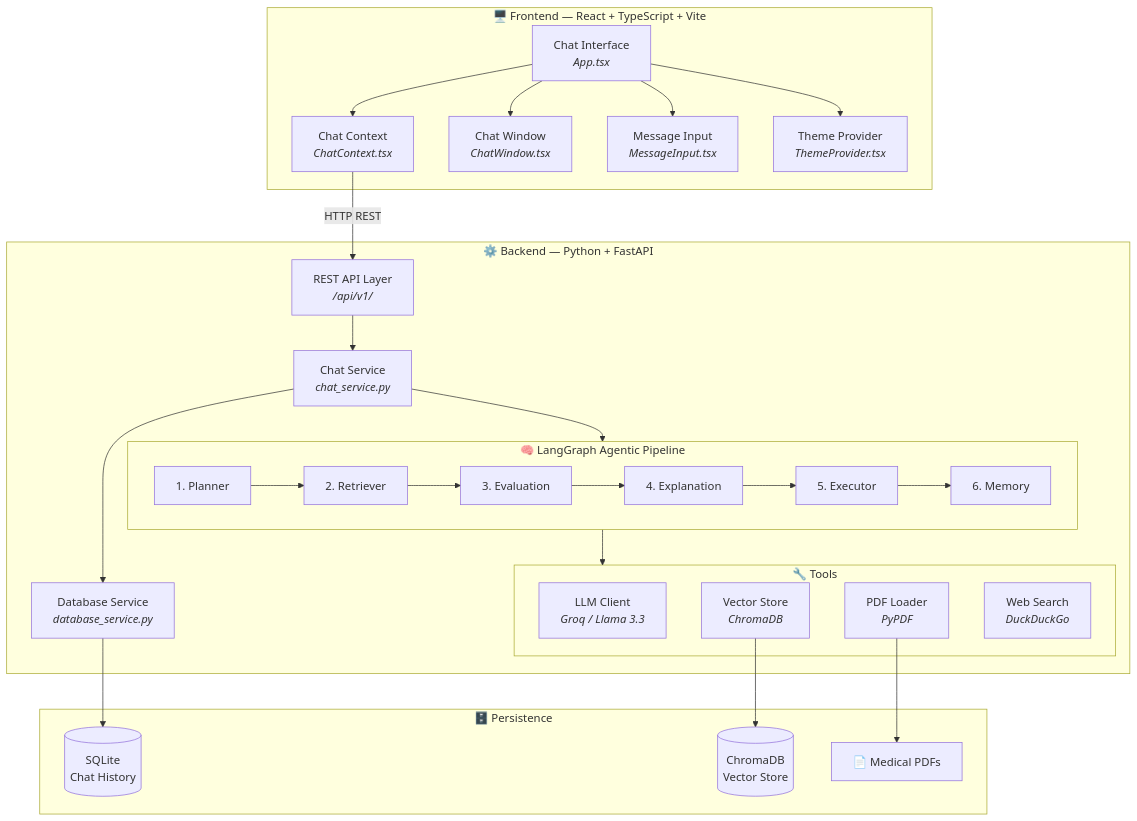
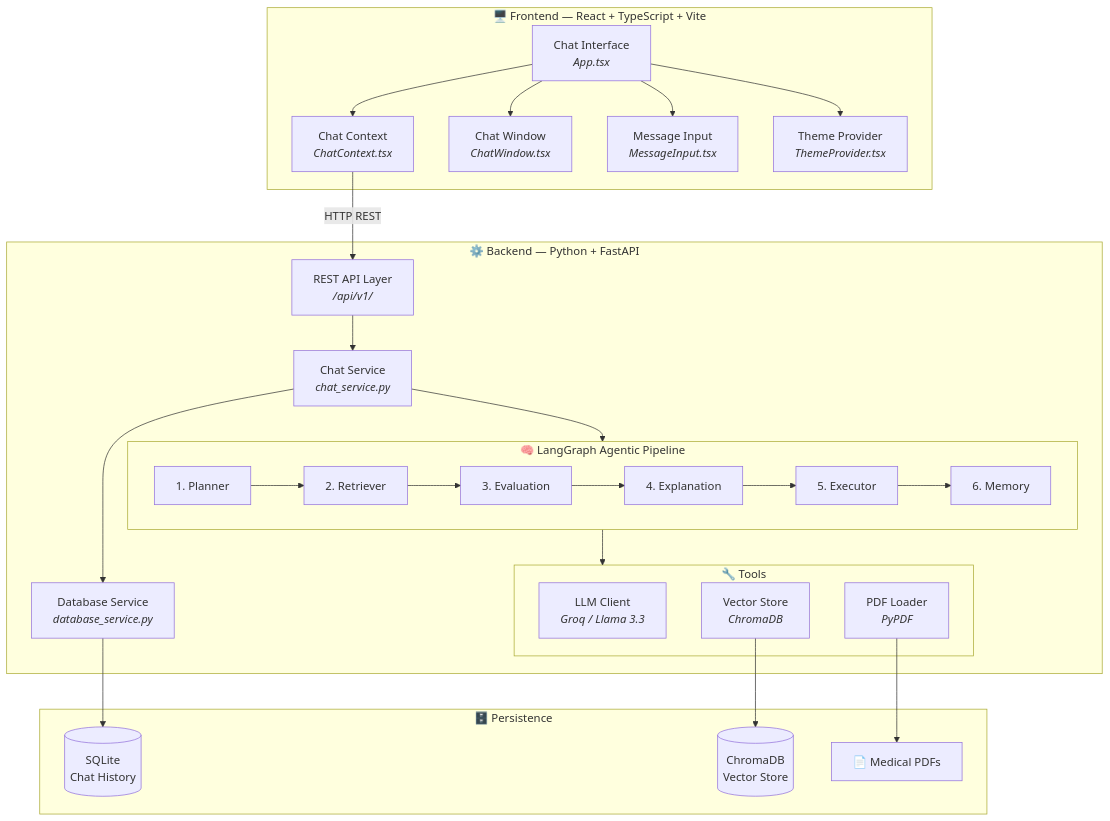
Before and after one commit to voidee07/MyMediAssist: the first of 3 diagrams in README.md, drawn with Mermaid. The commit also changed other lines of this file and 2 other files, not shown here.

````diff
--- a/README.md
+++ b/README.md
@@ -81,52 +81,51 @@
 ```mermaid
 graph TB
     subgraph Frontend["🖥️ Frontend — React + TypeScript + Vite"]
         UI["Chat Interface<br/><i>App.tsx</i>"]
         CTX["Chat Context<br/><i>ChatContext.tsx</i>"]
         CW["Chat Window<br/><i>ChatWindow.tsx</i>"]
         MI["Message Input<br/><i>MessageInput.tsx</i>"]
         TH["Theme Provider<br/><i>ThemeProvider.tsx</i>"]
         UI --> CTX
         UI --> CW
         UI --> MI
         UI --> TH
     end
 
     subgraph Backend["⚙️ Backend — Python + FastAPI"]
         API["REST API Layer<br/><i>/api/v1/</i>"]
         CS["Chat Service<br/><i>chat_service.py</i>"]
         DS["Database Service<br/><i>database_service.py</i>"]
 
         subgraph Agents["🧠 LangGraph Agentic Pipeline"]
             P["1. Planner"]
             R["2. Retriever"]
             EV["3. Evaluation"]
             EX["4. Explanation"]
             E["5. Executor"]
             M["6. Memory"]
             P --> R --> EV --> EX --> E --> M
         end
 
         subgraph Tools["🔧 Tools"]
             LLM["LLM Client<br/><i>Groq / Llama 3.3</i>"]
             VS["Vector Store<br/><i>ChromaDB</i>"]
             PDF["PDF Loader<br/><i>PyPDF</i>"]
-            DDG["Web Search<br/><i>DuckDuckGo</i>"]
         end
 
         API --> CS --> Agents
         Agents --> Tools
         CS --> DS
     end
 
     subgraph Storage["🗄️ Persistence"]
         DB[("SQLite<br/>Chat History")]
         VDB[("ChromaDB<br/>Vector Store")]
         PDFS["📄 Medical PDFs"]
     end
 
     CTX -- "HTTP REST" --> API
     DS --> DB
     VS --> VDB
     PDF --> PDFS
 ```
````
